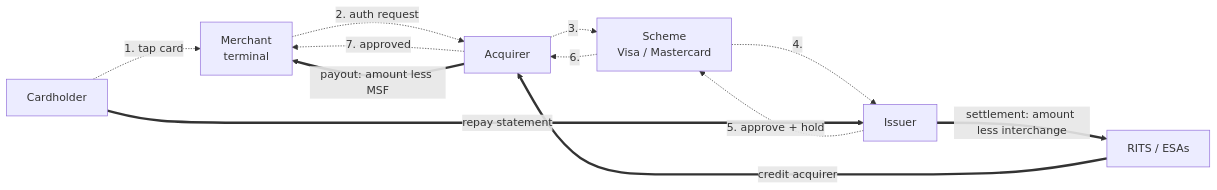
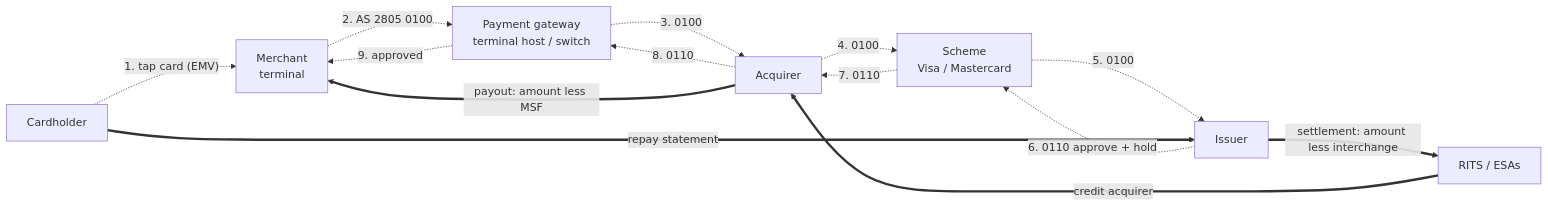
Before and after one commit to jsklabs-works/Flagthefeature: the fourth of 22 diagrams in docs/payments-au/README.md, drawn with Mermaid. The commit also changed other lines of this file and 1 other file, not shown here.

First line of the commit message:
Expand payments player: gateways, message types, inside-the-bank flows

````diff
--- a/docs/payments-au/README.md
+++ b/docs/payments-au/README.md
@@ -195,15 +199,17 @@
 ```mermaid
 flowchart LR
-  CH["Cardholder"] -. "1. tap card" .-> M["Merchant<br/>terminal"]
-  M -. "2. auth request" .-> ACQ["Acquirer"]
-  ACQ -. "3." .-> SCH["Scheme<br/>Visa / Mastercard"]
-  SCH -. "4." .-> ISS["Issuer"]
-  ISS -. "5. approve + hold" .-> SCH
-  SCH -. "6." .-> ACQ
-  ACQ -. "7. approved" .-> M
+  CH["Cardholder"] -. "1. tap card (EMV)" .-> M["Merchant<br/>terminal"]
+  M -. "2. AS 2805 0100" .-> GW["Payment gateway<br/>terminal host / switch"]
+  GW -. "3. 0100" .-> ACQ["Acquirer"]
+  ACQ -. "4. 0100" .-> SCH["Scheme<br/>Visa / Mastercard"]
+  SCH -. "5. 0100" .-> ISS["Issuer"]
+  ISS -. "6. 0110 approve + hold" .-> SCH
+  SCH -. "7. 0110" .-> ACQ
+  ACQ -. "8. 0110" .-> GW
+  GW -. "9. approved" .-> M
 
   ISS == "settlement: amount less interchange" ==> RITS["RITS / ESAs"]
   RITS == "credit acquirer" ==> ACQ
   ACQ == "payout: amount less MSF" ==> M
   CH == "repay statement" ==> ISS
 ```
````
